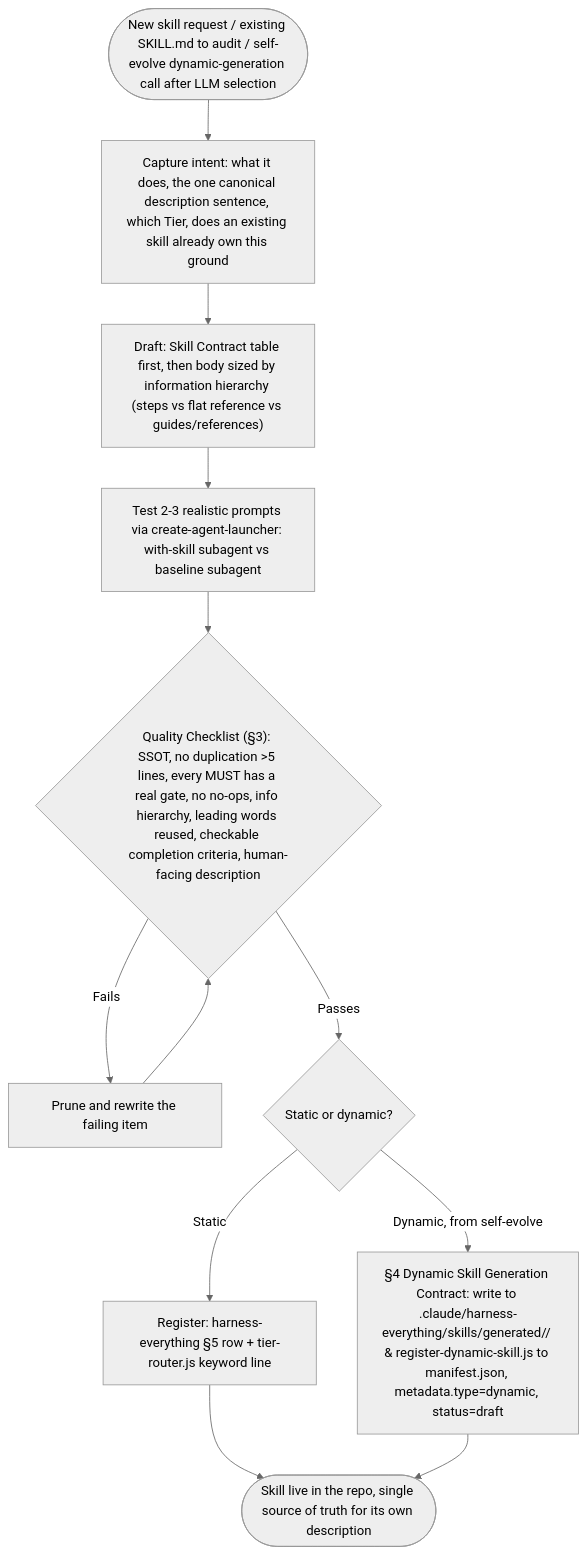
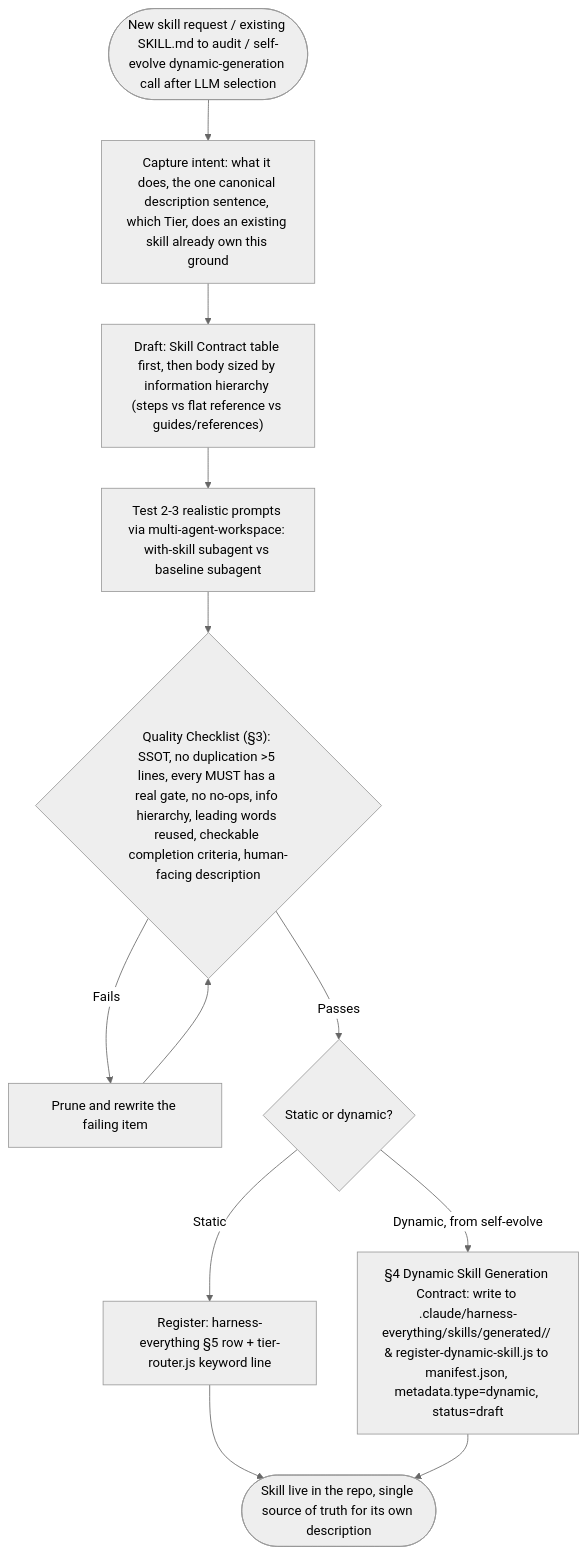
Before and after one commit to dyphn1/Harness-everything: the first of 3 diagrams in docs/workflows/skill-creator.md, drawn with Mermaid (neutral theme). The commit also changed other lines of this file and 77 other files, not shown here.

Commit message:
feat(multi-agent): Unify workspace and specialist launcher

````diff
--- a/docs/workflows/skill-creator.md
+++ b/docs/workflows/skill-creator.md
@@ -11,14 +11,14 @@
 ```mermaid
 graph TD
   Start([New skill request / existing SKILL.md to audit / self-evolve dynamic-generation call after LLM selection]) --> Intent["Capture intent: what it does, the one canonical description sentence, which Tier, does an existing skill already own this ground"]
   Intent --> Draft["Draft: Skill Contract table first, then body sized by information hierarchy (steps vs flat reference vs guides/references)"]
-  Draft --> Test["Test 2-3 realistic prompts via create-agent-launcher: with-skill subagent vs baseline subagent"]
+  Draft --> Test["Test 2-3 realistic prompts via multi-agent-workspace: with-skill subagent vs baseline subagent"]
   Test --> Checklist{"Quality Checklist (§3): SSOT, no duplication >5 lines, every MUST has a real gate, no no-ops, info hierarchy, leading words reused, checkable completion criteria, human-facing description"}
   Checklist -->|Fails| Prune["Prune and rewrite the failing item"]
   Prune --> Checklist
   Checklist -->|Passes| Route{Static or dynamic?}
   Route -->|Static| Register["Register: harness-everything §5 row + tier-router.js keyword line"]
   Route -->|Dynamic, from self-evolve| DynamicContract["§4 Dynamic Skill Generation Contract: write to .claude/harness-everything/skills/generated/<name>/ & register-dynamic-skill.js to manifest.json, metadata.type=dynamic, status=draft"]
   Register --> End([Skill live in the repo, single source of truth for its own description])
   DynamicContract --> End
 ```
````
